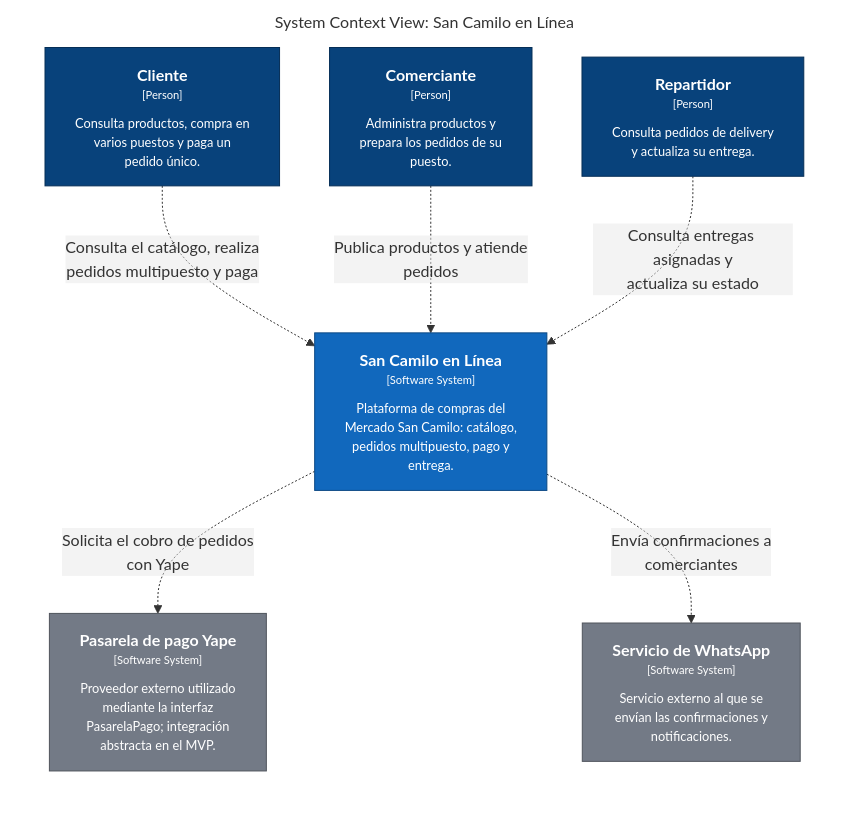
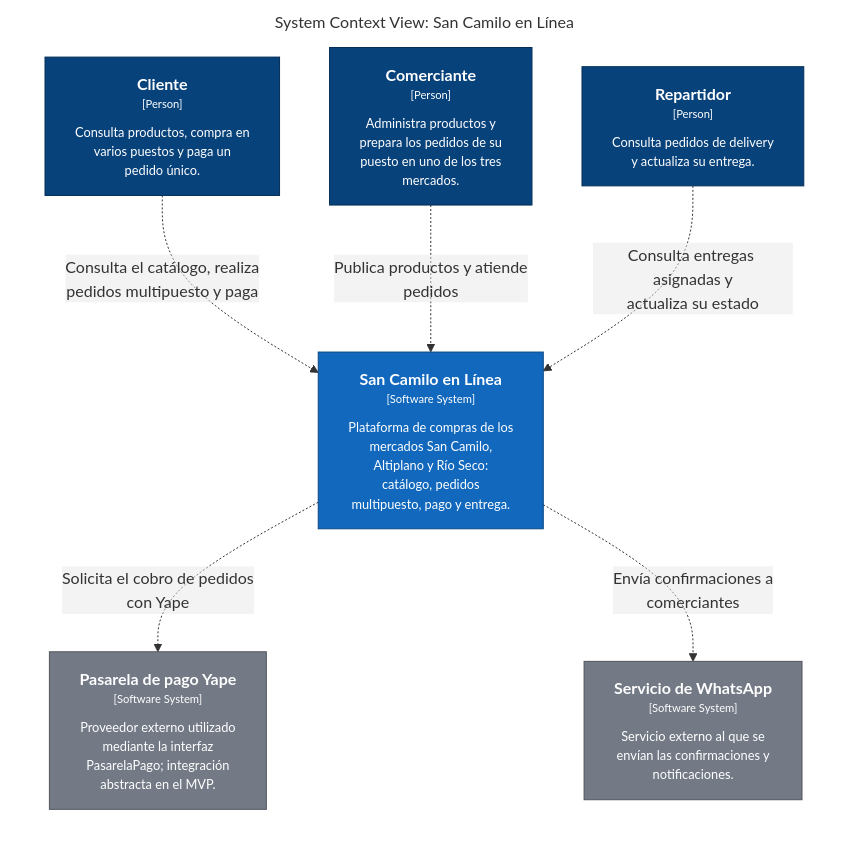
One commit to paredes1234/cs-2026b-lab04-grupo07 changed the diagram in docs/architecture/c4/export/Contexto.mmd. Above: the diagram before and after it, drawn with Mermaid. The commit also changed 15 other files, not shown here.

```diff
--- a/docs/architecture/c4/export/Contexto.mmd
+++ b/docs/architecture/c4/export/Contexto.mmd
@@ -1,26 +1,26 @@
 graph LR
   linkStyle default fill:#ffffff
 
   subgraph diagram ["System Context View: San Camilo en Línea"]
     style diagram fill:#ffffff,stroke:#ffffff
 
     1["<div style='font-weight: bold'>Cliente</div><div style='font-size: 70%; margin-top: 0px'>[Person]</div><div style='font-size: 80%; margin-top:10px'>Consulta productos, compra en<br />varios puestos y paga un<br />pedido único.</div>"]
     style 1 fill:#08427b,stroke:#052e56,color:#ffffff
-    16["<div style='font-weight: bold'>Pasarela de pago Yape</div><div style='font-size: 70%; margin-top: 0px'>[Software System]</div><div style='font-size: 80%; margin-top:10px'>Proveedor externo utilizado<br />mediante la interfaz<br />PasarelaPago; integración<br />abstracta en el MVP.</div>"]
-    style 16 fill:#737a86,stroke:#50555d,color:#ffffff
-    17["<div style='font-weight: bold'>Servicio de WhatsApp</div><div style='font-size: 70%; margin-top: 0px'>[Software System]</div><div style='font-size: 80%; margin-top:10px'>Servicio externo al que se<br />envían las confirmaciones y<br />notificaciones.</div>"]
+    17["<div style='font-weight: bold'>Pasarela de pago Yape</div><div style='font-size: 70%; margin-top: 0px'>[Software System]</div><div style='font-size: 80%; margin-top:10px'>Proveedor externo utilizado<br />mediante la interfaz<br />PasarelaPago; integración<br />abstracta en el MVP.</div>"]
     style 17 fill:#737a86,stroke:#50555d,color:#ffffff
-    2["<div style='font-weight: bold'>Comerciante</div><div style='font-size: 70%; margin-top: 0px'>[Person]</div><div style='font-size: 80%; margin-top:10px'>Administra productos y<br />prepara los pedidos de su<br />puesto.</div>"]
+    18["<div style='font-weight: bold'>Servicio de WhatsApp</div><div style='font-size: 70%; margin-top: 0px'>[Software System]</div><div style='font-size: 80%; margin-top:10px'>Servicio externo al que se<br />envían las confirmaciones y<br />notificaciones.</div>"]
+    style 18 fill:#737a86,stroke:#50555d,color:#ffffff
+    2["<div style='font-weight: bold'>Comerciante</div><div style='font-size: 70%; margin-top: 0px'>[Person]</div><div style='font-size: 80%; margin-top:10px'>Administra productos y<br />prepara los pedidos de su<br />puesto en uno de los tres<br />mercados.</div>"]
     style 2 fill:#08427b,stroke:#052e56,color:#ffffff
     3["<div style='font-weight: bold'>Repartidor</div><div style='font-size: 70%; margin-top: 0px'>[Person]</div><div style='font-size: 80%; margin-top:10px'>Consulta pedidos de delivery<br />y actualiza su entrega.</div>"]
     style 3 fill:#08427b,stroke:#052e56,color:#ffffff
-    4["<div style='font-weight: bold'>San Camilo en Línea</div><div style='font-size: 70%; margin-top: 0px'>[Software System]</div><div style='font-size: 80%; margin-top:10px'>Plataforma de compras del<br />Mercado San Camilo: catálogo,<br />pedidos multipuesto, pago y<br />entrega.</div>"]
+    4["<div style='font-weight: bold'>San Camilo en Línea</div><div style='font-size: 70%; margin-top: 0px'>[Software System]</div><div style='font-size: 80%; margin-top:10px'>Plataforma de compras de los<br />mercados San Camilo,<br />Altiplano y Río Seco:<br />catálogo, pedidos<br />multipuesto, pago y entrega.</div>"]
     style 4 fill:#1168bd,stroke:#0b4884,color:#ffffff
 
     1-. "<div>Consulta el catálogo, realiza<br />pedidos multipuesto y paga</div><div style='font-size: 70%'></div>" .->4
     2-. "<div>Publica productos y atiende<br />pedidos</div><div style='font-size: 70%'></div>" .->4
     3-. "<div>Consulta entregas asignadas y<br />actualiza su estado</div><div style='font-size: 70%'></div>" .->4
-    4-. "<div>Solicita el cobro de pedidos<br />con Yape</div><div style='font-size: 70%'></div>" .->16
-    4-. "<div>Envía confirmaciones a<br />comerciantes</div><div style='font-size: 70%'></div>" .->17
+    4-. "<div>Solicita el cobro de pedidos<br />con Yape</div><div style='font-size: 70%'></div>" .->17
+    4-. "<div>Envía confirmaciones a<br />comerciantes</div><div style='font-size: 70%'></div>" .->18
 
   end
```
